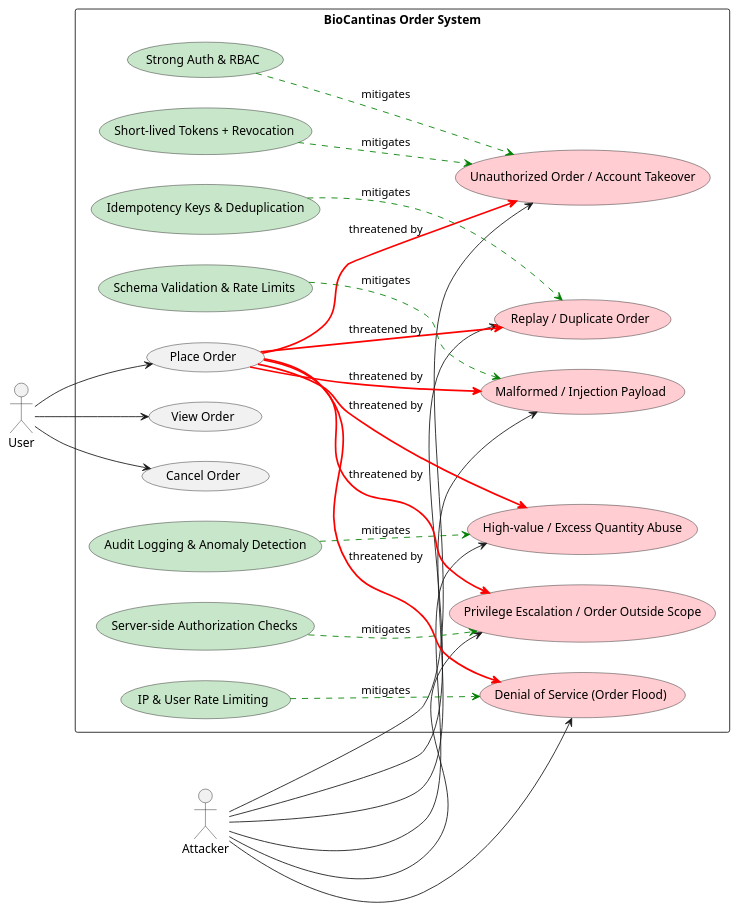
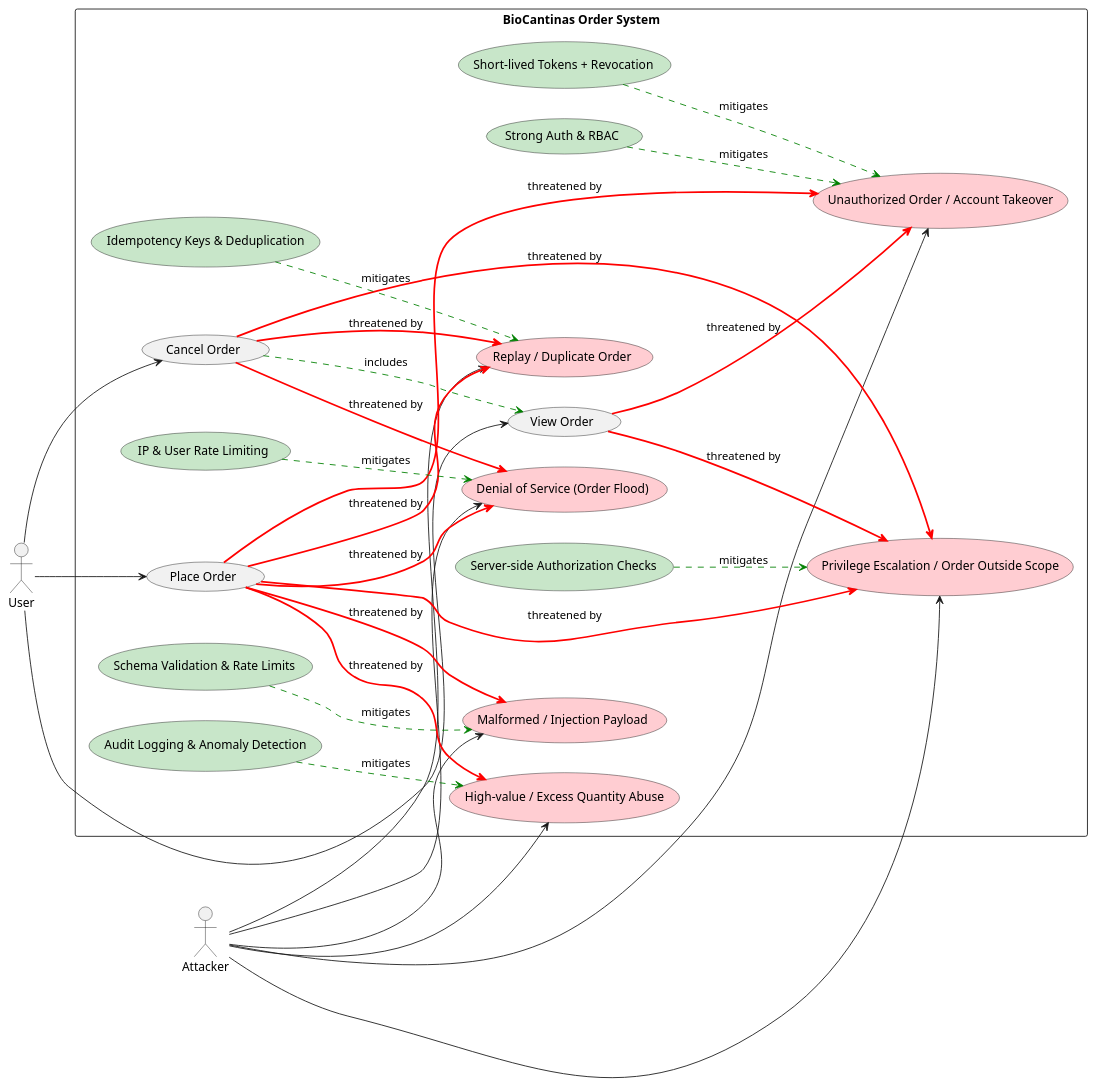
The diagram in Deliverables/phase1/diagrams/Abuse Cases/orderAbuseCase.puml (mei-desofs/desofs2026-thu_ffs_1), drawn with PlantUML before and after one commit. The commit also changed 2 other files, not shown here.

Commit message:
#3 Fixed order abuse case

```diff
--- a/Deliverables/phase1/diagrams/Abuse Cases/orderAbuseCase.puml
+++ b/Deliverables/phase1/diagrams/Abuse Cases/orderAbuseCase.puml
@@ -1,57 +1,68 @@
 @startuml
+' Reverted layout: left to right, compact style; Cancel Order includes View Order
 left to right direction
 skinparam packageStyle rectangle
 
 actor User
 actor Attacker
 
 package "BioCantinas Order System" {
 
     usecase "Place Order" as PlaceOrderUC
     usecase "View Order" as ViewOrderUC
     usecase "Cancel Order" as CancelOrderUC
 
     usecase "Unauthorized Order / Account Takeover" as TokenTheftAbuse #FFCDD2
     usecase "Replay / Duplicate Order" as ReplayAbuse #FFCDD2
     usecase "Malformed / Injection Payload" as InjectionAbuse #FFCDD2
     usecase "Privilege Escalation / Order Outside Scope" as PrivEscalationAbuse #FFCDD2
     usecase "Denial of Service (Order Flood)" as DoSAbuse #FFCDD2
     usecase "High-value / Excess Quantity Abuse" as BusinessLogicAbuse #FFCDD2
 
     usecase "Idempotency Keys & Deduplication" as IdempotencyMitigate #C8E6C9
     usecase "Short-lived Tokens + Revocation" as TokenMitigate #C8E6C9
     usecase "Strong Auth & RBAC" as AuthMitigate #C8E6C9
     usecase "Schema Validation & Rate Limits" as ValidationMitigate #C8E6C9
     usecase "Server-side Authorization Checks" as ServerAuthzMitigate #C8E6C9
     usecase "IP & User Rate Limiting" as RateLimitMitigate #C8E6C9
     usecase "Audit Logging & Anomaly Detection" as AuditMitigate #C8E6C9
 
     User --> PlaceOrderUC
     User --> ViewOrderUC
     User --> CancelOrderUC
 
     Attacker --> TokenTheftAbuse
     Attacker --> ReplayAbuse
     Attacker --> InjectionAbuse
     Attacker --> PrivEscalationAbuse
     Attacker --> DoSAbuse
     Attacker --> BusinessLogicAbuse
 
     PlaceOrderUC -[#red,bold]-> TokenTheftAbuse : threatened by
     PlaceOrderUC -[#red,bold]-> ReplayAbuse : threatened by
     PlaceOrderUC -[#red,bold]-> InjectionAbuse : threatened by
     PlaceOrderUC -[#red,bold]-> PrivEscalationAbuse : threatened by
     PlaceOrderUC -[#red,bold]-> DoSAbuse : threatened by
     PlaceOrderUC -[#red,bold]-> BusinessLogicAbuse : threatened by
 
+    ViewOrderUC -[#red,bold]-> TokenTheftAbuse : threatened by
+    ViewOrderUC -[#red,bold]-> PrivEscalationAbuse : threatened by
+
+    CancelOrderUC -[#red,bold]-> PrivEscalationAbuse : threatened by
+    CancelOrderUC -[#red,bold]-> ReplayAbuse : threatened by
+    CancelOrderUC -[#red,bold]-> DoSAbuse : threatened by
+
+    ' Cancel includes View: to cancel an order user must be able to view it first
+    CancelOrderUC .[#green].> ViewOrderUC : includes
+
     IdempotencyMitigate -[#green,dashed]-> ReplayAbuse : mitigates
     TokenMitigate -[#green,dashed]-> TokenTheftAbuse : mitigates
     AuthMitigate -[#green,dashed]-> TokenTheftAbuse : mitigates
     ValidationMitigate -[#green,dashed]-> InjectionAbuse : mitigates
     ServerAuthzMitigate -[#green,dashed]-> PrivEscalationAbuse : mitigates
     RateLimitMitigate -[#green,dashed]-> DoSAbuse : mitigates
     AuditMitigate -[#green,dashed]-> BusinessLogicAbuse : mitigates
 
 }
 
 @enduml
```
